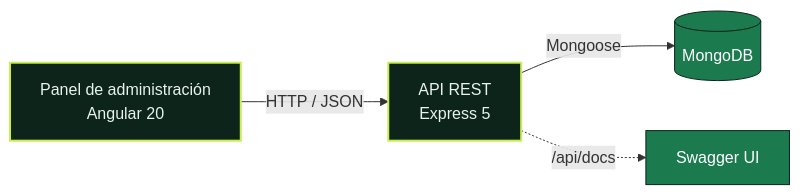
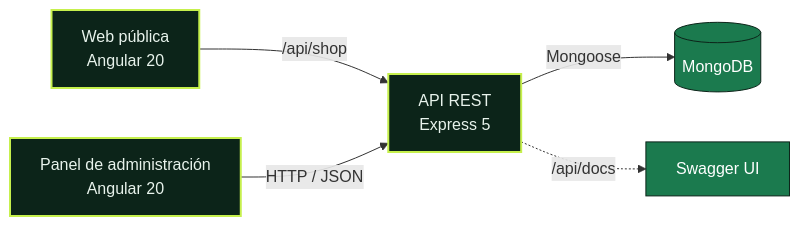
The diagram in README.md (Mauro-vs/Routly), drawn with Mermaid before and after one commit. The commit also changed other lines of this file and 20 other files, not shown here.

````diff
--- a/README.md
+++ b/README.md
@@ -126,10 +156,11 @@
 ```mermaid
 flowchart LR
-    A["Panel de administración<br/>Angular 20"] -- "HTTP / JSON" --> B["API REST<br/>Express 5"]
+    W["Web pública<br/>Angular 20"] -- "/api/shop" --> B["API REST<br/>Express 5"]
+    A["Panel de administración<br/>Angular 20"] -- "HTTP / JSON" --> B
     B -- "Mongoose" --> C[("MongoDB")]
     B -. "/api/docs" .-> D["Swagger UI"]
     classDef app fill:#0c2419,stroke:#c6f04d,color:#e8f3ec,stroke-width:2px
     classDef data fill:#1b7a4e,stroke:#0c2419,color:#ffffff
-    class A,B app
+    class A,B,W app
     class C,D data
 ```
````
